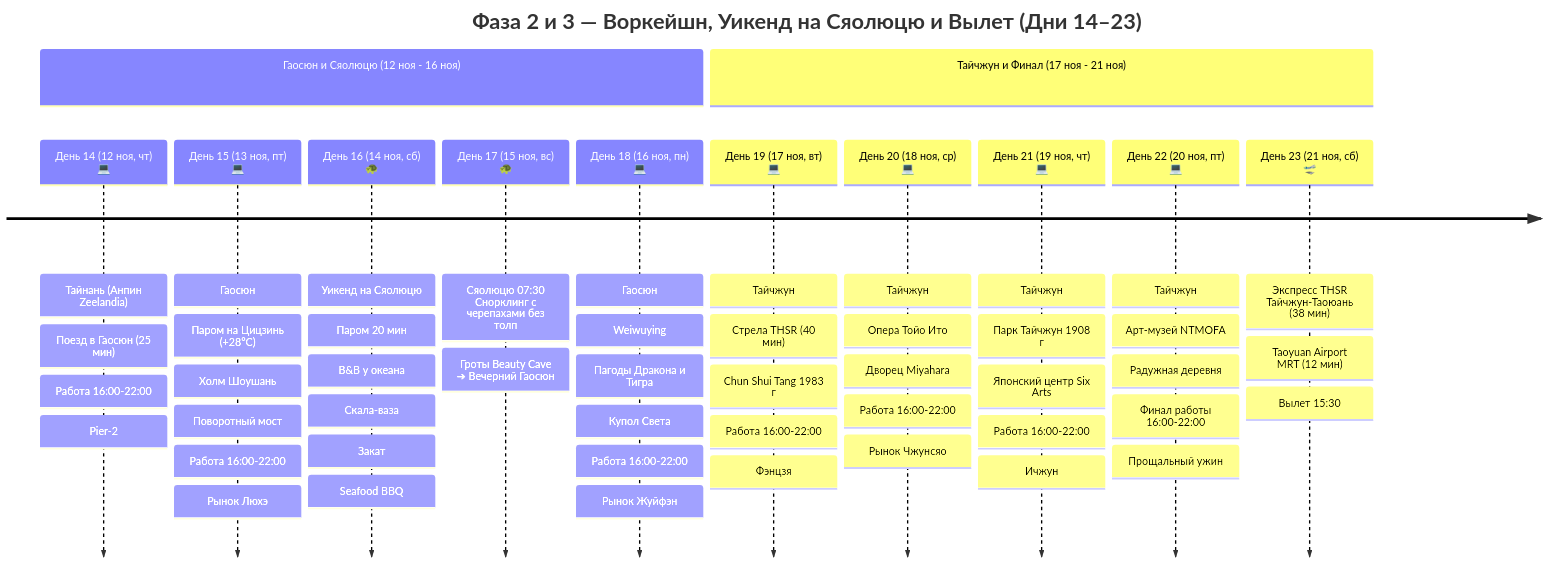
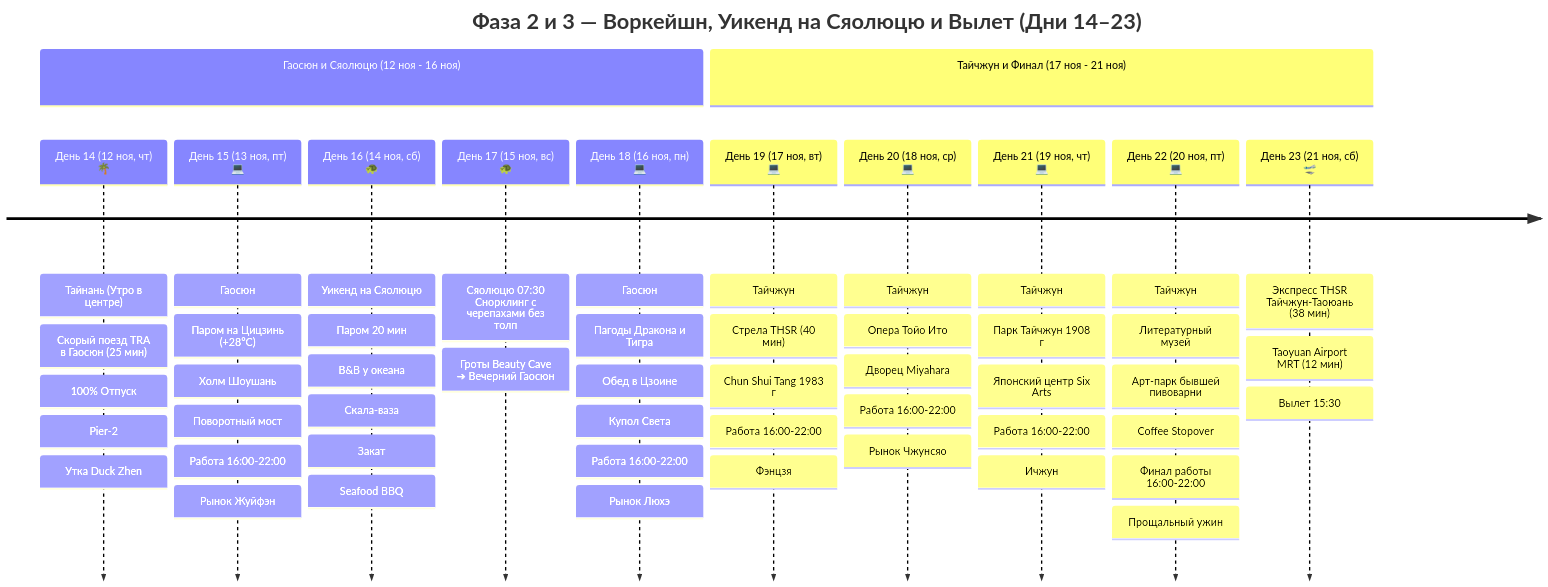
The second of 2 diagrams in Personal Note/Travel/-- Taiwan/Taiwan.md (injurka/obsidian-mark), drawn with Mermaid before and after one commit. The commit also changed other lines of this file and 79 other files, not shown here.

````diff
--- a/Personal Note/Travel/-- Taiwan/Taiwan.md
+++ b/Personal Note/Travel/-- Taiwan/Taiwan.md
@@ -45,16 +45,16 @@
 ```mermaid
 timeline
     title Фаза 2 и 3 — Воркейшн, Уикенд на Сяолюцю и Вылет (Дни 14–23)
     section Гаосюн и Сяолюцю (12 ноя - 16 ноя)
-        День 14 (12 ноя, чт) 💻 : Тайнань (Анпин Zeelandia) : Поезд в Гаосюн (25 мин) : Работа 16:00-22:00 : Pier-2
-        День 15 (13 ноя, пт) 💻 : Гаосюн : Паром на Цицзинь (+28°C) : Холм Шоушань : Поворотный мост : Работа 16:00-22:00 : Рынок Люхэ
+        День 14 (12 ноя, чт) 🌴 : Тайнань (Утро в центре) : Скорый поезд TRA в Гаосюн (25 мин) : 100% Отпуск : Pier-2 : Утка Duck Zhen
+        День 15 (13 ноя, пт) 💻 : Гаосюн : Паром на Цицзинь (+28°C) : Холм Шоушань : Поворотный мост : Работа 16:00-22:00 : Рынок Жуйфэн
         День 16 (14 ноя, сб) 🐢 : Уикенд на Сяолюцю : Паром 20 мин : B&B у океана : Скала-ваза : Закат : Seafood BBQ
         День 17 (15 ноя, вс) 🐢 : Сяолюцю 07:30 Снорклинг с черепахами без толп : Гроты Beauty Cave ➔ Вечерний Гаосюн
-        День 18 (16 ноя, пн) 💻 : Гаосюн : Weiwuying : Пагоды Дракона и Тигра : Купол Света : Работа 16:00-22:00 : Рынок Жуйфэн
+        День 18 (16 ноя, пн) 💻 : Гаосюн : Пагоды Дракона и Тигра : Обед в Цзоине : Купол Света : Работа 16:00-22:00 : Рынок Люхэ
     section Тайчжун и Финал (17 ноя - 21 ноя)
         День 19 (17 ноя, вт) 💻 : Тайчжун : Стрела THSR (40 мин) : Chun Shui Tang 1983 г : Работа 16:00-22:00 : Фэнцзя
         День 20 (18 ноя, ср) 💻 : Тайчжун : Опера Тойо Ито : Дворец Miyahara : Работа 16:00-22:00 : Рынок Чжунсяо
         День 21 (19 ноя, чт) 💻 : Тайчжун : Парк Тайчжун 1908 г : Японский центр Six Arts : Работа 16:00-22:00 : Ичжун
-        День 22 (20 ноя, пт) 💻 : Тайчжун : Арт-музей NTMOFA : Радужная деревня : Финал работы 16:00-22:00 : Прощальный ужин
+        День 22 (20 ноя, пт) 💻 : Тайчжун : Литературный музей : Арт-парк бывшей пивоварни : Coffee Stopover : Финал работы 16:00-22:00 : Прощальный ужин
         День 23 (21 ноя, сб) 🛫 : Экспресс THSR Тайчжун-Таоюань (38 мин) : Taoyuan Airport MRT (12 мин) : Вылет 15:30
 ```
````
